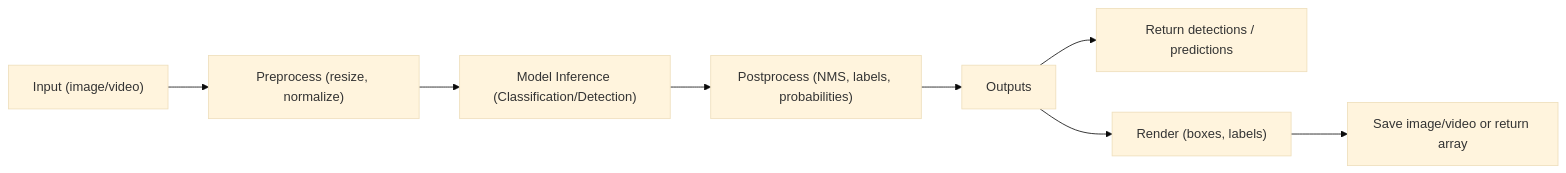
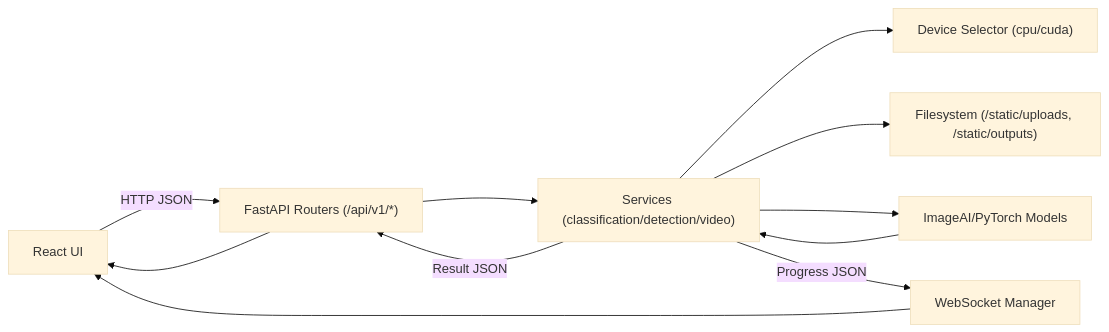
The diagram in docs/Architecture.md (kavia-common/ImageAI-4381), drawn with Mermaid (base theme) before and after one commit. The commit also changed other lines of this file and 7 other files, not shown here.

````diff
--- a/docs/Architecture.md
+++ b/docs/Architecture.md
@@ -42,10 +68,13 @@
 ```mermaid
 flowchart LR
-  A["Input (image/video)"] --> B["Preprocess (resize, normalize)"]
-  B --> C["Model Inference (Classification/Detection)"]
-  C --> D["Postprocess (NMS, labels, probabilities)"]
-  D --> E["Outputs"]
-  E --> F["Return detections / predictions"]
-  E --> G["Render (boxes, labels)"]
-  G --> H["Save image/video or return array"]
+  FE["React UI"] -->|HTTP JSON| API["FastAPI Routers (/api/v1/*)"]
+  API --> SVC["Services (classification/detection/video)"]
+  SVC --> DEV["Device Selector (cpu/cuda)"]
+  SVC --> FS["Filesystem (/static/uploads, /static/outputs)"]
+  SVC --> ML["ImageAI/PyTorch Models"]
+  ML --> SVC
+  SVC -->|Result JSON| API
+  API --> FE
+  SVC -->|Progress JSON| WS["WebSocket Manager"]
+  WS --> FE
 ```
````
